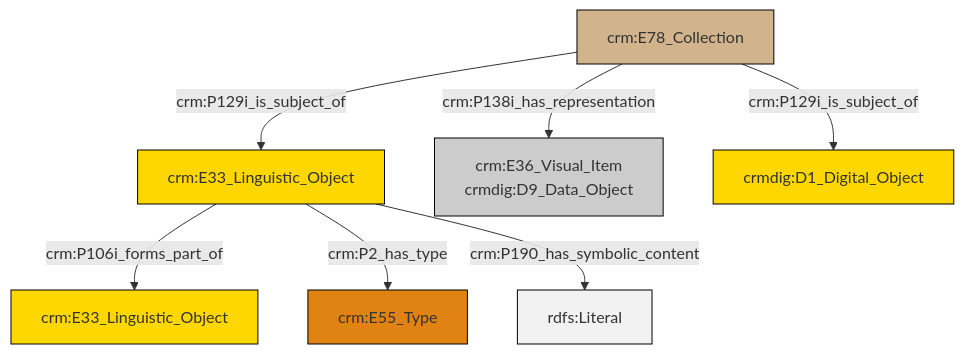
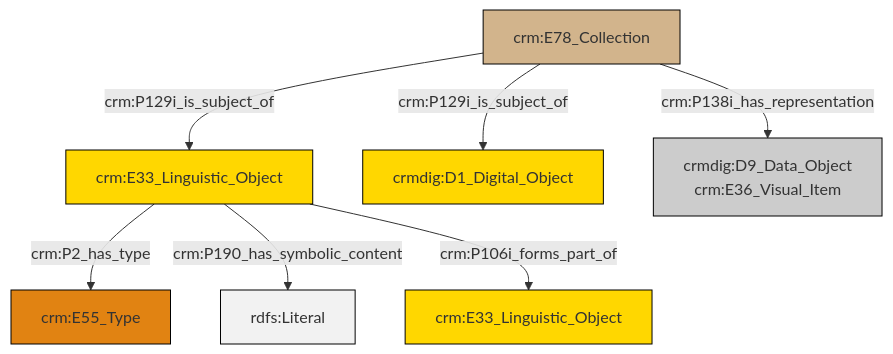
Before and after one commit to swiss-art-research-net/docs.swissartresearch: the diagram in et/archivalCSV/ttl/mmd/archival_docs.ttl.mmd, drawn with Mermaid. The commit also changed 181 other files, not shown here.

```diff
--- a/et/archivalCSV/ttl/mmd/archival_docs.ttl.mmd
+++ b/et/archivalCSV/ttl/mmd/archival_docs.ttl.mmd
@@ -1,21 +1,21 @@
 graph TD
 classDef Literal fill:#f2f2f2,stroke:#000000;
 classDef CRM_Entity fill:#FFFFFF,stroke:#000000;
 classDef Temporal_Entity fill:#00C9E6, stroke:#000000;
 classDef Type fill:#E18312, stroke:#000000;
 classDef Time-Span fill:#2C9C91, stroke:#000000;
 classDef Appellation fill:#FFEB7F, stroke:#000000;
 classDef Place fill:#008836, stroke:#000000;
 classDef Persistent_Item fill:#B266B2, stroke:#000000;
 classDef Conceptual_Object fill:#FFD700, stroke:#000000;
 classDef Physical_Thing fill:#D2B48C, stroke:#000000;
 classDef Actor fill:#f58aad, stroke:#000000;
 classDef PC_Classes fill:#4ce600, stroke:#000000;
 classDef Multi fill:#cccccc,stroke:#000000;
 
-0["crm:E33_Linguistic_Object"]:::Conceptual_Object -->|crm:P106i_forms_part_of| 1["crm:E33_Linguistic_Object"]:::Conceptual_Object
-0["crm:E33_Linguistic_Object"]:::Conceptual_Object -->|crm:P2_has_type| 5["crm:E55_Type"]:::Type
-11["crm:E78_Collection"]:::Physical_Thing -->|crm:P129i_is_subject_of| 0["crm:E33_Linguistic_Object"]:::Conceptual_Object
-11["crm:E78_Collection"]:::Physical_Thing -->|crm:P138i_has_representation| 2["crm:E36_Visual_Item<br>crmdig:D9_Data_Object"]:::Multi
-0["crm:E33_Linguistic_Object"]:::Conceptual_Object -->|crm:P190_has_symbolic_content| 14[rdfs:Literal]:::Literal
-11["crm:E78_Collection"]:::Physical_Thing -->|crm:P129i_is_subject_of| 8["crmdig:D1_Digital_Object"]:::Conceptual_Object
+0["crm:E78_Collection"]:::Physical_Thing -->|crm:P129i_is_subject_of| 1["crm:E33_Linguistic_Object"]:::Conceptual_Object
+1["crm:E33_Linguistic_Object"]:::Conceptual_Object -->|crm:P2_has_type| 4["crm:E55_Type"]:::Type
+0["crm:E78_Collection"]:::Physical_Thing -->|crm:P138i_has_representation| 7["crmdig:D9_Data_Object<br>crm:E36_Visual_Item"]:::Multi
+0["crm:E78_Collection"]:::Physical_Thing -->|crm:P129i_is_subject_of| 2["crmdig:D1_Digital_Object"]:::Conceptual_Object
+1["crm:E33_Linguistic_Object"]:::Conceptual_Object -->|crm:P190_has_symbolic_content| 12[rdfs:Literal]:::Literal
+1["crm:E33_Linguistic_Object"]:::Conceptual_Object -->|crm:P106i_forms_part_of| 13["crm:E33_Linguistic_Object"]:::Conceptual_Object
```
